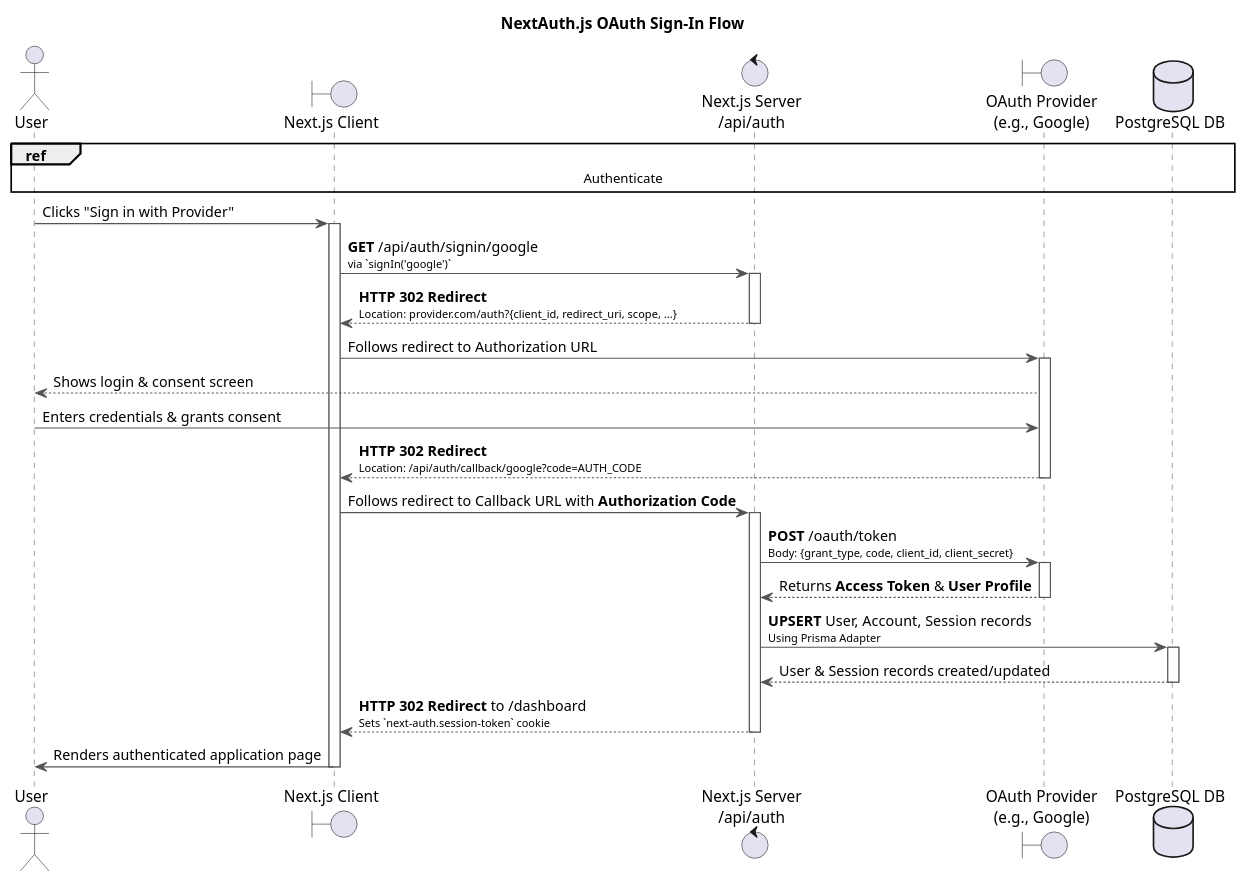
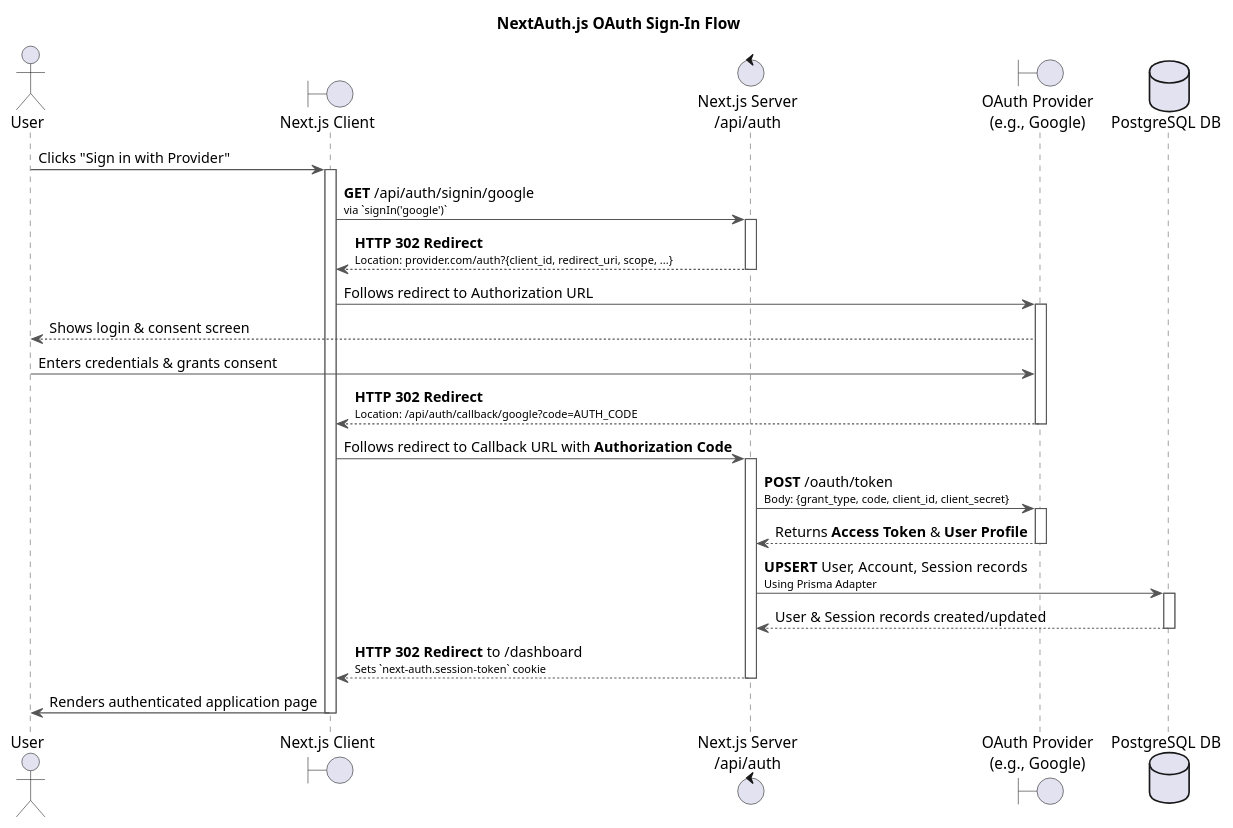
One commit to souhaib-askri/report_pfe changed the diagram in conception/SprintII/sequence_diagrams/sequence_authentication_1_1_AuthenticateUsingGoogleAccount.puml. Above: the diagram before and after it, drawn with PlantUML. The commit also changed 3 other files, not shown here.

```diff
--- a/conception/SprintII/sequence_diagrams/sequence_authentication_1_1_AuthenticateUsingGoogleAccount.puml
+++ b/conception/SprintII/sequence_diagrams/sequence_authentication_1_1_AuthenticateUsingGoogleAccount.puml
@@ -1,51 +1,50 @@
 @startuml
 title NextAuth.js OAuth Sign-In Flow
 
 actor User
 boundary "Next.js Client" as Client
 control "Next.js Server\n/api/auth" as Server
 boundary "OAuth Provider\n(e.g., Google)" as Provider
 database "PostgreSQL DB" as DB
 
 skinparam sequence {
     ArrowColor #555
     ActorBorderColor #555
     LifeLineBorderColor #555
     ParticipantBorderColor #007bff
     DatabaseBorderColor #d9534f
     ControlBorderColor #5cb85c
     BoundaryBorderColor #f0ad4e
 }
-ref over User, DB: Authenticate
 User -> Client: Clicks "Sign in with Provider"
 activate Client
 Client -> Server: **GET** /api/auth/signin/google\n<font size=10>via `signIn('google')`</font>
 activate Server
 Server --> Client: **HTTP 302 Redirect**\n<font size=10>Location: provider.com/auth?{client_id, redirect_uri, scope, ...}</font>
 deactivate Server
 
 Client -> Provider: Follows redirect to Authorization URL
 activate Provider
 Provider --> User: Shows login & consent screen
 User -> Provider: Enters credentials & grants consent
 Provider --> Client: **HTTP 302 Redirect**\n<font size=10>Location: /api/auth/callback/google?code=AUTH_CODE</font>
 deactivate Provider
 
 Client -> Server: Follows redirect to Callback URL with **Authorization Code**
 activate Server
 Server -> Provider: **POST** /oauth/token\n<font size=10>Body: {grant_type, code, client_id, client_secret}</font>
 activate Provider
 Provider --> Server: Returns **Access Token** & **User Profile**
 deactivate Provider
 
 Server -> DB: **UPSERT** User, Account, Session records\n<font size=10>Using Prisma Adapter</font>
 activate DB
 DB --> Server: User & Session records created/updated
 deactivate DB
 
 Server --> Client: **HTTP 302 Redirect** to /dashboard\n<font size=10>Sets `next-auth.session-token` cookie</font>
 deactivate Server
 Client -> User: Renders authenticated application page
 deactivate Client
 
 @enduml
```
